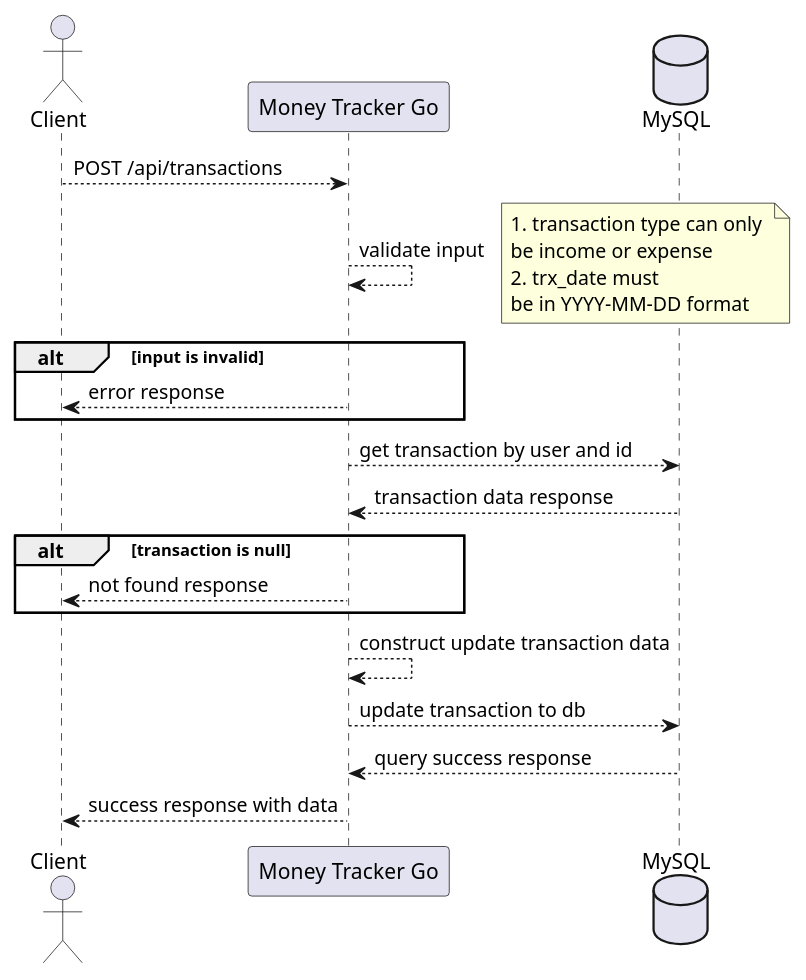
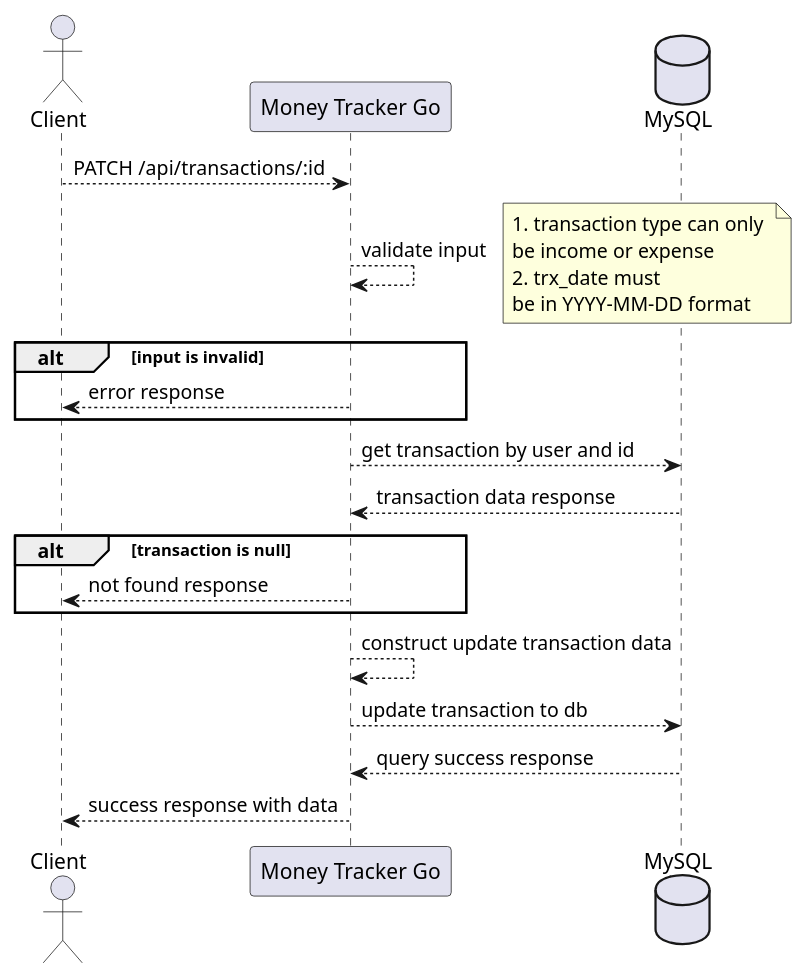
Before and after one commit to ertantorizkyf/money-tracker-go: the diagram in docs/diagrams/sequence/transaction/update_transaction.puml, drawn with PlantUML. The commit also changed 4 other files, not shown here.

```diff
--- a/docs/diagrams/sequence/transaction/update_transaction.puml
+++ b/docs/diagrams/sequence/transaction/update_transaction.puml
@@ -1,28 +1,28 @@
 @startuml Update Transaction
 
 actor "Client" as client
 participant "Money Tracker Go" as server
 database "MySQL" as db
 
-client --> server : POST /api/transactions
+client --> server : PATCH /api/transactions/:id
 server --> server : validate input
 note right
   1. transaction type can only 
   be income or expense
   2. trx_date must 
   be in YYYY-MM-DD format
 end note
 alt input is invalid
   server --> client : error response
 end
 server --> db : get transaction by user and id
 db --> server : transaction data response
 alt transaction is null
   server --> client : not found response
 end
 server --> server : construct update transaction data
 server --> db : update transaction to db
 db --> server : query success response
 server --> client : success response with data
 
 @enduml
```
